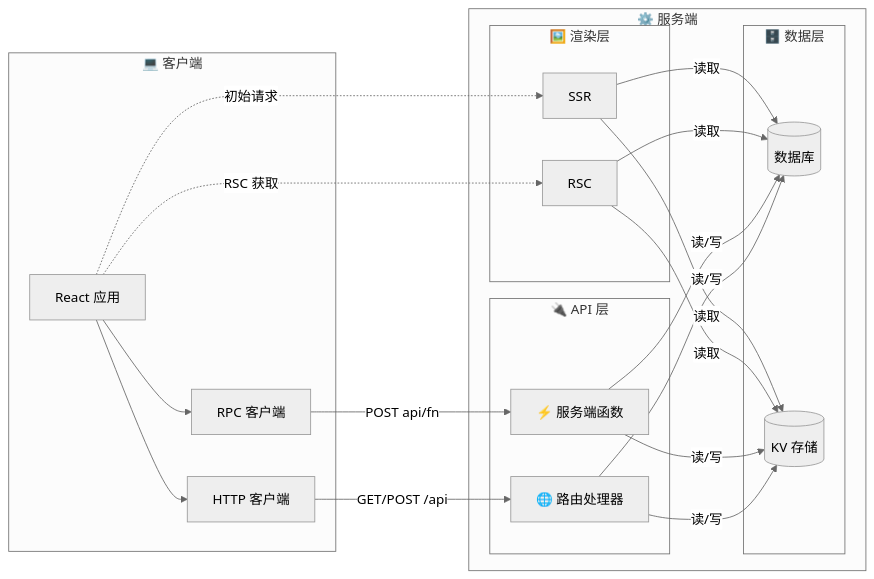
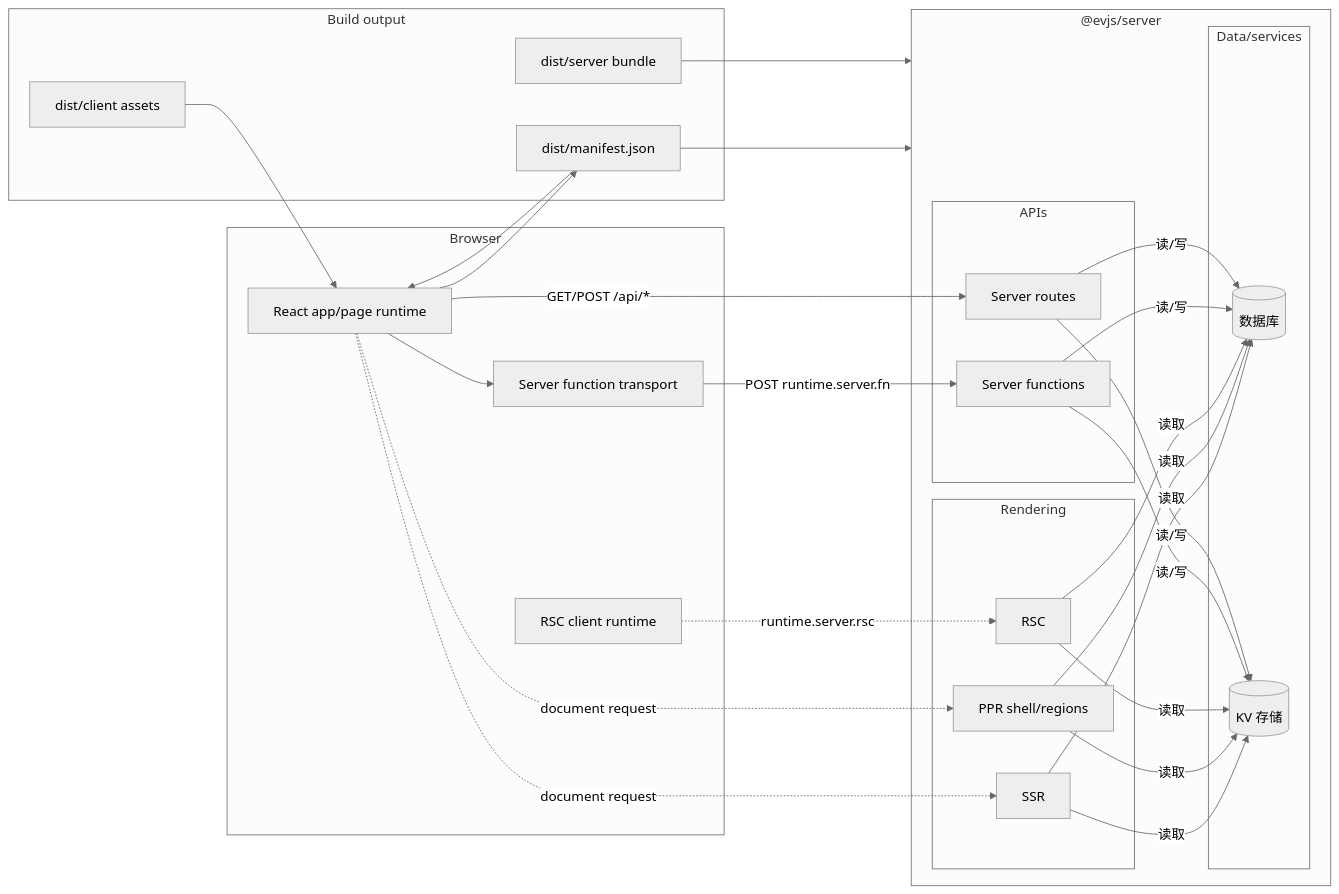
Before and after one commit to binhanchen25-arch/evjs: the diagram in docs/i18n/zh-Hans/docusaurus-plugin-content-docs/current/overview.md, drawn with Mermaid (neutral theme). The commit also changed other lines of this file and 400 other files, not shown here.

Commit message:
feat: implement graph-driven framework architecture (#18)

````diff
--- a/docs/i18n/zh-Hans/docusaurus-plugin-content-docs/current/overview.md
+++ b/docs/i18n/zh-Hans/docusaurus-plugin-content-docs/current/overview.md
@@ -21,41 +29,56 @@
 ```mermaid
 flowchart LR
-    subgraph ClientSide ["💻 客户端"]
-        UI["React 应用"]
-        RPC["RPC 客户端"]
-        FETCH["HTTP 客户端"]
+    subgraph Browser ["Browser"]
+        UI["React app/page runtime"]
+        RPC["Server function transport"]
+        RSCClient["RSC client runtime"]
     end
 
-    subgraph ServerSide ["⚙️ 服务端"]
-        subgraph RenderingLayer ["🖼️ 渲染层"]
+    subgraph Server ["@evjs/server"]
+        subgraph Rendering ["Rendering"]
             SSR["SSR"]
+            PPR["PPR shell/regions"]
             RSC["RSC"]
         end
 
-        subgraph APILayer ["🔌 API 层"]
-            SF["⚡ 服务端函数"]
-            RH["🌐 路由处理器"]
+        subgraph APIs ["APIs"]
+            SF["Server functions"]
+            RH["Server routes"]
         end
 
-        subgraph DataLayer ["🗄️ 数据层"]
+        subgraph Data ["Data/services"]
             DB[("数据库")]
             KV[("KV 存储")]
         end
     end
 
+    subgraph Build ["Build output"]
+        MANIFEST["dist/manifest.json"]
+        ASSETS["dist/client assets"]
+        SERVERBUNDLE["dist/server bundle"]
+    end
+
+    UI --> MANIFEST
+    UI --> RPC
+    UI -.->|"document request"| SSR
+    UI -.->|"document request"| PPR
+    RSCClient -.->|"runtime.server.rsc"| RSC
+
     SSR -->|读取| DB
     SSR -->|读取| KV
+    PPR -->|读取| DB
+    PPR -->|读取| KV
     RSC -->|读取| DB
     RSC -->|读取| KV
     SF -->|读/写| DB
     SF -->|读/写| KV
     RH -->|读/写| DB
     RH -->|读/写| KV
 
-    UI --> RPC
-    UI --> FETCH
-    UI -.->|初始请求| SSR
-    UI -.->|RSC 获取| RSC
-    RPC -->|POST api/fn| SF
-    FETCH -->|GET/POST /api| RH
+    RPC -->|"POST runtime.server.fn"| SF
+    UI -->|"GET/POST /api/*"| RH
+    MANIFEST --> UI
+    MANIFEST --> Server
+    ASSETS --> UI
+    SERVERBUNDLE --> Server
 ```
````
